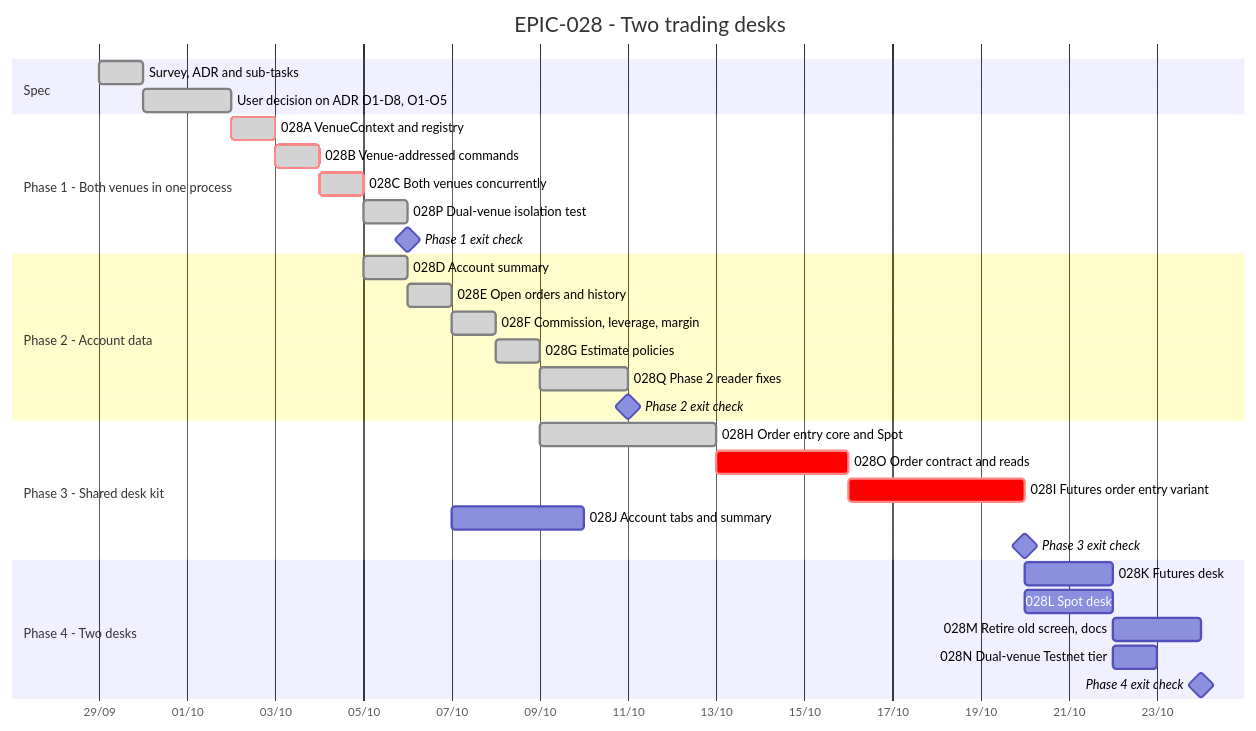
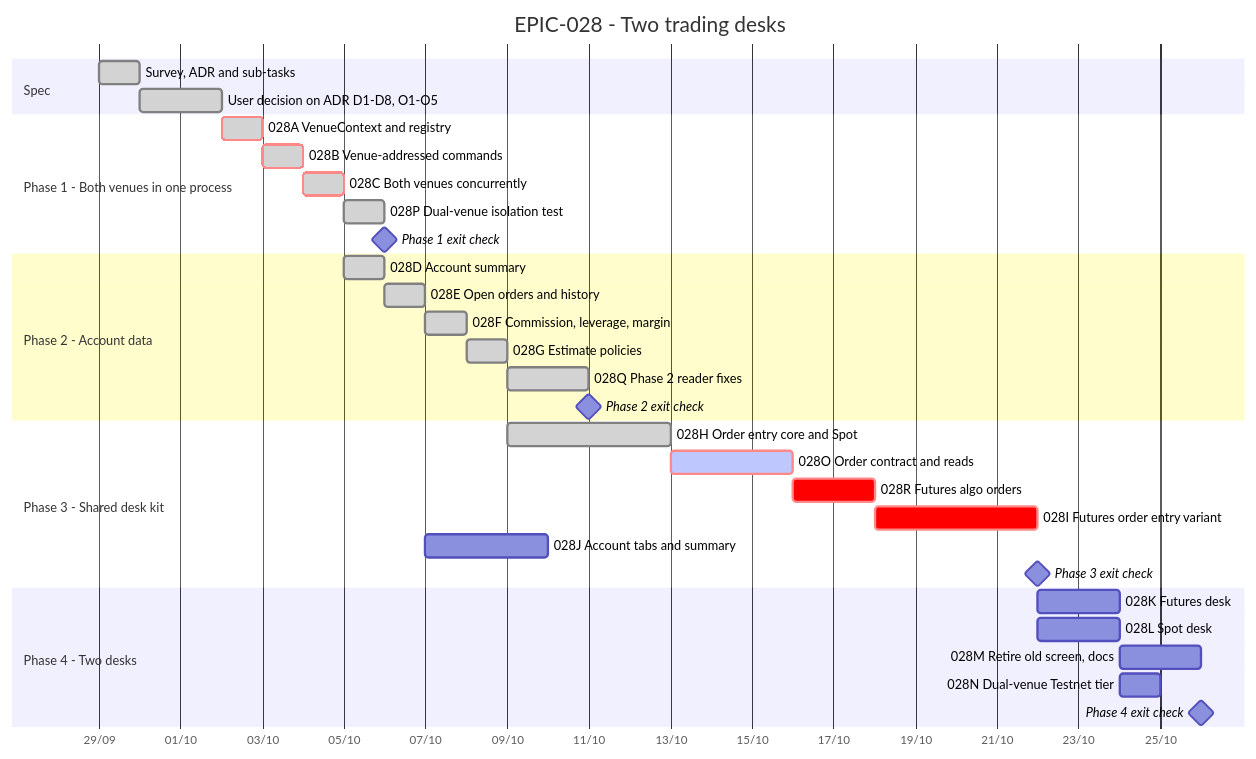
One commit to anhembedded/Sagittarius_Elite_Warrior changed the diagram in Tasks/epics/EPIC-028_futures_and_spot_trading_desks/TRACKING.md. Above: the diagram before and after it, drawn with Mermaid. The commit also changed other lines of this file and 5 other files, not shown here.

First line of the commit message:
docs(epic-028): record 028O PR-1 and add EPIC-028R for Futures algo orders

````diff
--- a/Tasks/epics/EPIC-028_futures_and_spot_trading_desks/TRACKING.md
+++ b/Tasks/epics/EPIC-028_futures_and_spot_trading_desks/TRACKING.md
@@ -15,40 +15,41 @@
 ```mermaid
 gantt
     title EPIC-028 - Two trading desks
     dateFormat  YYYY-MM-DD
     axisFormat  %d/%m
     todayMarker stroke-width:2px,stroke:#d33,opacity:0.6
 
     section Spec
     Survey, ADR and sub-tasks              :done,    s1, 2026-09-29, 1d
     User decision on ADR D1-D8, O1-O5      :done,    s2, after s1, 2d
 
     section Phase 1 - Both venues in one process
     028A VenueContext and registry         :crit, done, a, after s2, 1d
     028B Venue-addressed commands          :crit, done, b, after a, 1d
     028C Both venues concurrently          :crit, done, c, after b, 1d
     028P Dual-venue isolation test         :done,    p, after c, 1d
     Phase 1 exit check                     :milestone, m1, after p, 0d
 
     section Phase 2 - Account data
     028D Account summary                   :done,    d, after c, 1d
     028E Open orders and history           :done,    e, after d, 1d
     028F Commission, leverage, margin      :done,    f, after e, 1d
     028G Estimate policies                 :done,    g, after f, 1d
     028Q Phase 2 reader fixes              :done,    q, after g, 2d
     Phase 2 exit check                     :milestone, m2, after q, 0d
 
     section Phase 3 - Shared desk kit
     028H Order entry core and Spot         :done,    h, after g, 4d
-    028O Order contract and reads          :crit,    o, after h, 3d
-    028I Futures order entry variant       :crit,    i, after o, 4d
+    028O Order contract and reads          :active, crit, o, after h, 3d
+    028R Futures algo orders               :crit,    r, after o, 2d
+    028I Futures order entry variant       :crit,    i, after r, 4d
     028J Account tabs and summary          :         j, after e, 3d
     Phase 3 exit check                     :milestone, m3, after i, 0d
 
     section Phase 4 - Two desks
     028K Futures desk                      :         k, after m3, 2d
     028L Spot desk                         :         l, after m3, 2d
     028M Retire old screen, docs           :         mm, after k, 2d
     028N Dual-venue Testnet tier           :         n, after l, 1d
     Phase 4 exit check                     :milestone, m4, after mm, 0d
 ```
````
